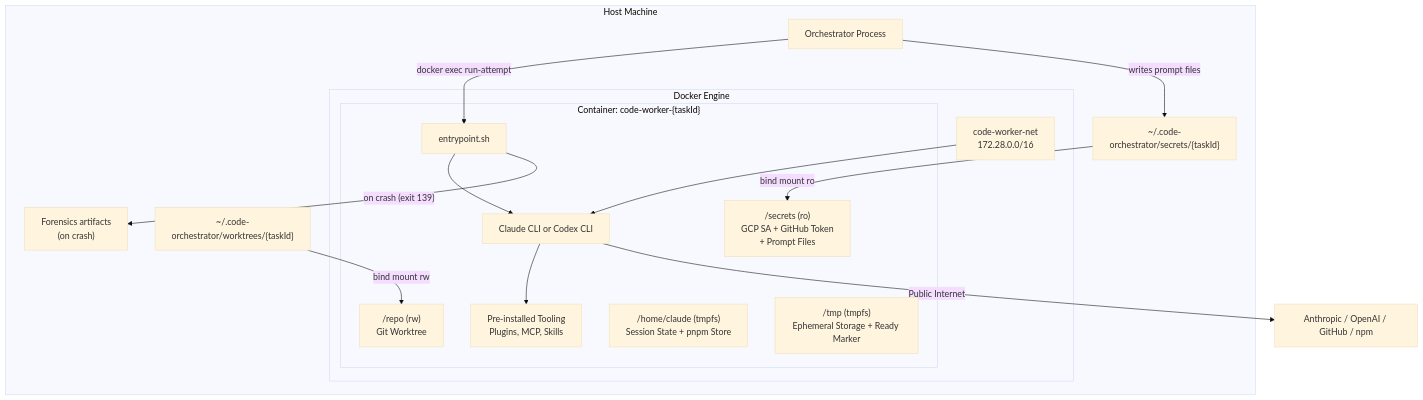
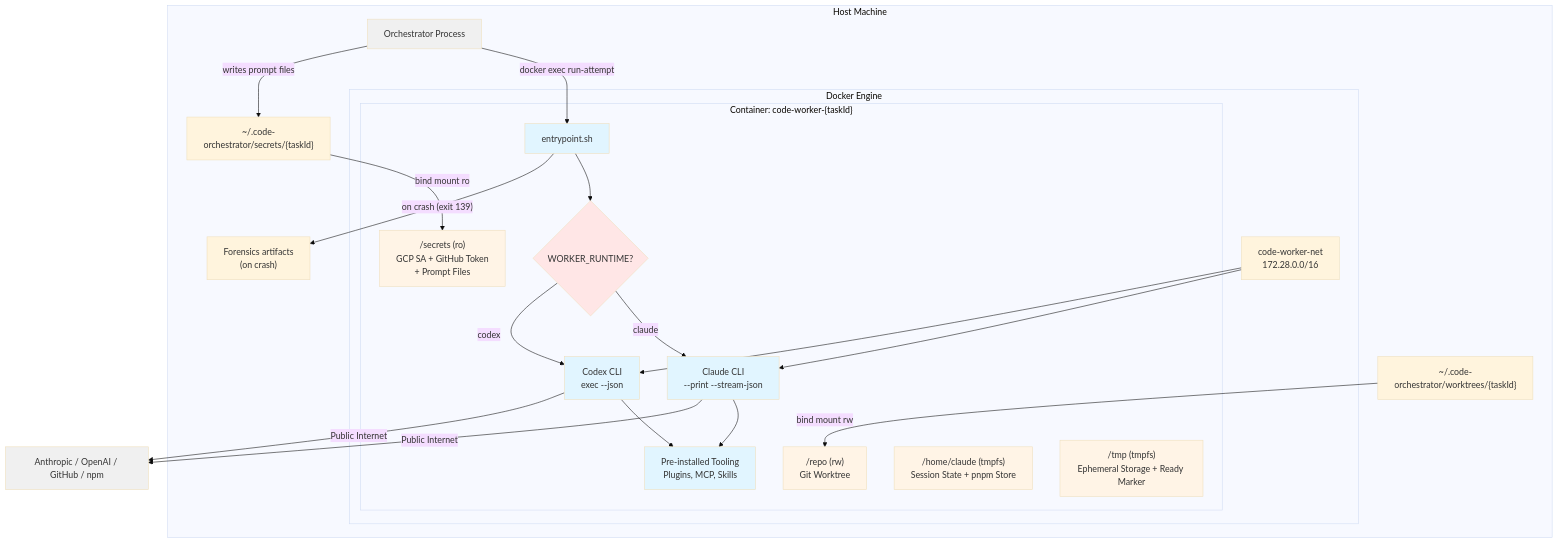
One commit to pbuchman/intexuraos changed the first of 2 diagrams in docs/services/code-worker/technical.md. Above: the diagram before and after it, drawn with Mermaid (base theme). The commit also changed other lines of this file and 154 other files, not shown here.

````diff
--- a/docs/services/code-worker/technical.md
+++ b/docs/services/code-worker/technical.md
@@ -9,35 +9,52 @@
 ```mermaid
 graph TB
     subgraph "Host Machine"
         Orchestrator[Orchestrator Process]
 
         subgraph "Docker Engine"
             Network[code-worker-net<br/>172.28.0.0/16]
 
             subgraph "Container: code-worker-{taskId}"
                 Entrypoint[entrypoint.sh]
-                Runtime[Claude CLI or Codex CLI]
+                RuntimeSwitch{"WORKER_RUNTIME?"}
+                ClaudeRuntime[Claude CLI<br/>--print --stream-json]
+                CodexRuntime[Codex CLI<br/>exec --json]
                 Tooling[Pre-installed Tooling<br/>Plugins, MCP, Skills]
                 Repo["/repo (rw)<br/>Git Worktree"]
                 Secrets["/secrets (ro)<br/>GCP SA + GitHub Token<br/>+ Prompt Files"]
                 Home["/home/claude (tmpfs)<br/>Session State + pnpm Store"]
                 Tmp["/tmp (tmpfs)<br/>Ephemeral Storage + Ready Marker"]
             end
         end
 
         Worktrees["~/.code-orchestrator/worktrees/{taskId}"]
         SecretsDir["~/.code-orchestrator/secrets/{taskId}"]
         ForensicsDir["Forensics artifacts<br/>(on crash)"]
     end
 
     Orchestrator -->|"docker exec run-attempt"| Entrypoint
     Orchestrator -->|writes prompt files| SecretsDir
     Worktrees -->|"bind mount rw"| Repo
     SecretsDir -->|"bind mount ro"| Secrets
-    Network --> Runtime
-    Entrypoint --> Runtime
-    Runtime --> Tooling
+    Network --> ClaudeRuntime
+    Network --> CodexRuntime
+    Entrypoint --> RuntimeSwitch
+    RuntimeSwitch -->|claude| ClaudeRuntime
+    RuntimeSwitch -->|codex| CodexRuntime
+    ClaudeRuntime --> Tooling
+    CodexRuntime --> Tooling
 
-    Runtime -->|"Public Internet"| APIs[Anthropic / OpenAI / GitHub / npm]
+    ClaudeRuntime -->|"Public Internet"| APIs[Anthropic / OpenAI / GitHub / npm]
+    CodexRuntime -->|"Public Internet"| APIs
     Entrypoint -->|"on crash (exit 139)"| ForensicsDir
+
+    classDef service fill:#e1f5ff
+    classDef storage fill:#fff4e6
+    classDef external fill:#f0f0f0
+    classDef decision fill:#ffe6e6
+
+    class Entrypoint,ClaudeRuntime,CodexRuntime,Tooling service
+    class Repo,Secrets,Home,Tmp storage
+    class APIs,Orchestrator external
+    class RuntimeSwitch decision
 ```
````
